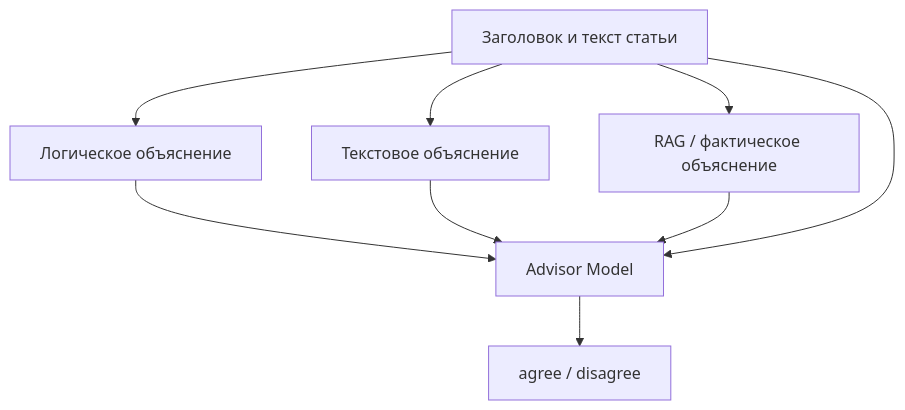
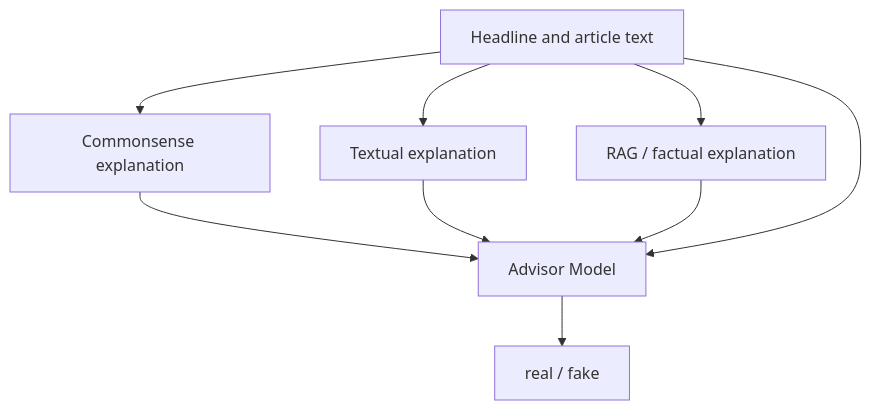
The diagram in README.md (bakzhan22/Fakenews), drawn with Mermaid before and after one commit. The commit also changed other lines of this file, not shown here.

````diff
--- a/README.md
+++ b/README.md
@@ -26,11 +26,11 @@
 ```mermaid
 flowchart TD
-    A["Заголовок и текст статьи"] --> B["Логическое объяснение"]
-    A --> C["Текстовое объяснение"]
-    A --> D["RAG / фактическое объяснение"]
+    A["Headline and article text"] --> B["Commonsense explanation"]
+    A --> C["Textual explanation"]
+    A --> D["RAG / factual explanation"]
     B --> E["Advisor Model"]
     C --> E
     D --> E
     A --> E
-    E --> F["agree / disagree"]
+    E --> F["real / fake"]
 ```
````
